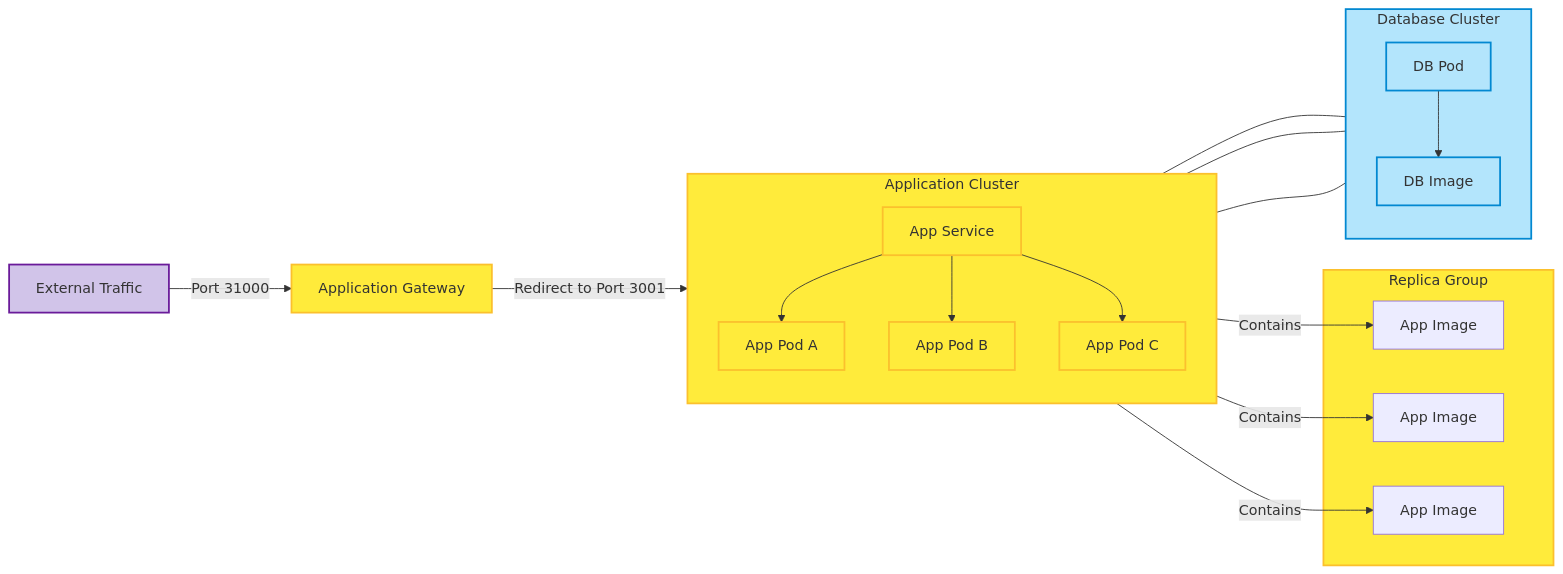
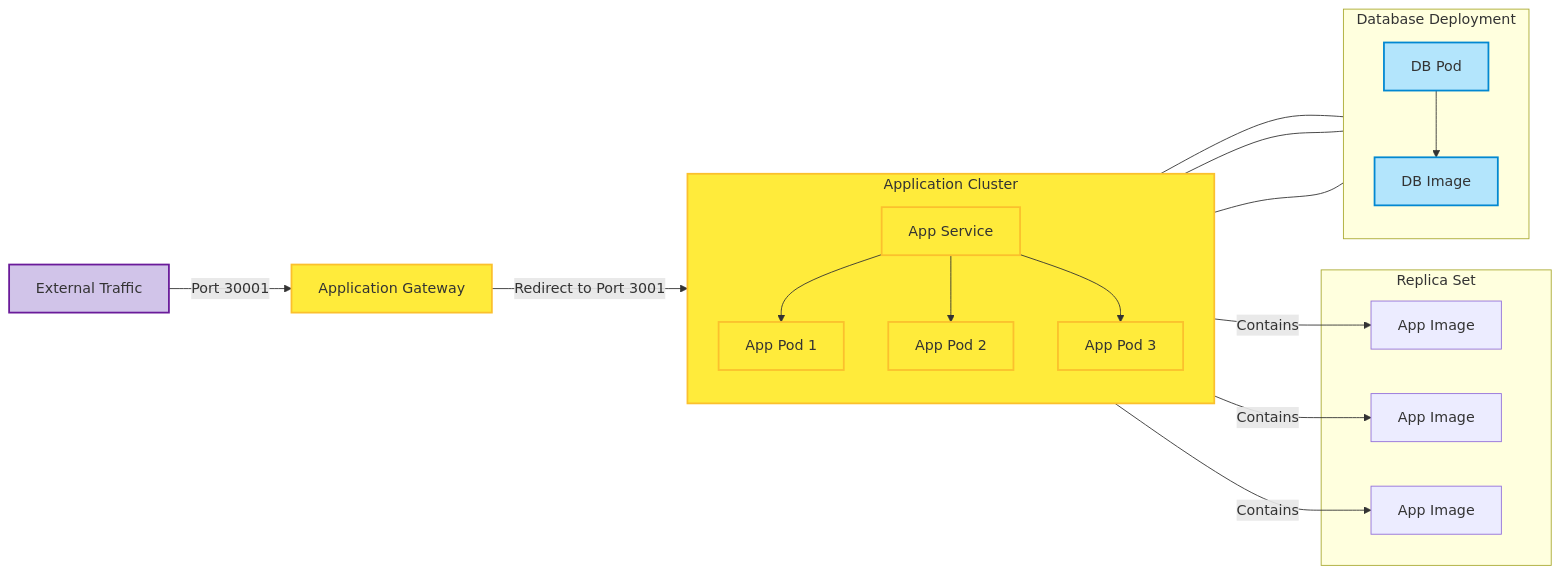
The diagram in Kubernetes/README.md (PriyanSappal/tech264-docker-k8s), drawn with Mermaid before and after one commit. The commit also changed other lines of this file and 3 other files, not shown here.

````diff
--- a/Kubernetes/README.md
+++ b/Kubernetes/README.md
@@ -86,45 +86,45 @@
 ```mermaid
 flowchart LR
     %% External Traffic Flow
-    A[External Traffic] -->|Port 31000| B[Application Gateway]
+    A[External Traffic] -->|Port 30001| B[Application Gateway]
     B -->|Redirect to Port 3001| C[App Service]
 
     %% App Deployment and Pods
     subgraph App_Cluster[Application Cluster]
         direction TB
-        C --> D1[App Pod A]
-        C --> D2[App Pod B]
-        C --> D3[App Pod C]
+        C --> D1[App Pod 1]
+        C --> D2[App Pod 2]
+        C --> D3[App Pod 3]
     end
 
-    %% Replica Group
-    subgraph Replica_Group[Replica Group]
+    %% ReplicaSets
+    subgraph Replica_Sets[Replica Set]
         D1 -->|Contains| E1[App Image]
         D2 -->|Contains| E2[App Image]
         D3 -->|Contains| E3[App Image]
     end
 
-    %% Database Cluster
-    subgraph Database_Cluster[Database Cluster]
+    %% Database Deployment
+    subgraph Database_Deployment[Database Deployment]
         direction TB
         F1[DB Pod] --> G[DB Image]
     end
 
     %% Data Transfer Between App and DB
     D1 --- G
     D2 --- G
     D3 --- G
 
     %% Labels and Styling
     classDef purple fill:#D1C4E9,stroke:#6A1B9A,stroke-width:2px;
     classDef yellow fill:#FFEB3B,stroke:#FBC02D,stroke-width:2px;
     classDef blue fill:#B3E5FC,stroke:#0288D1,stroke-width:2px;
     
     class A purple
     class B,C yellow
     class App_Cluster yellow
     class D1,D2,D3 yellow
     class Replica_Group yellow
     class F1,G blue
     class Database_Cluster blue
 ```
````
